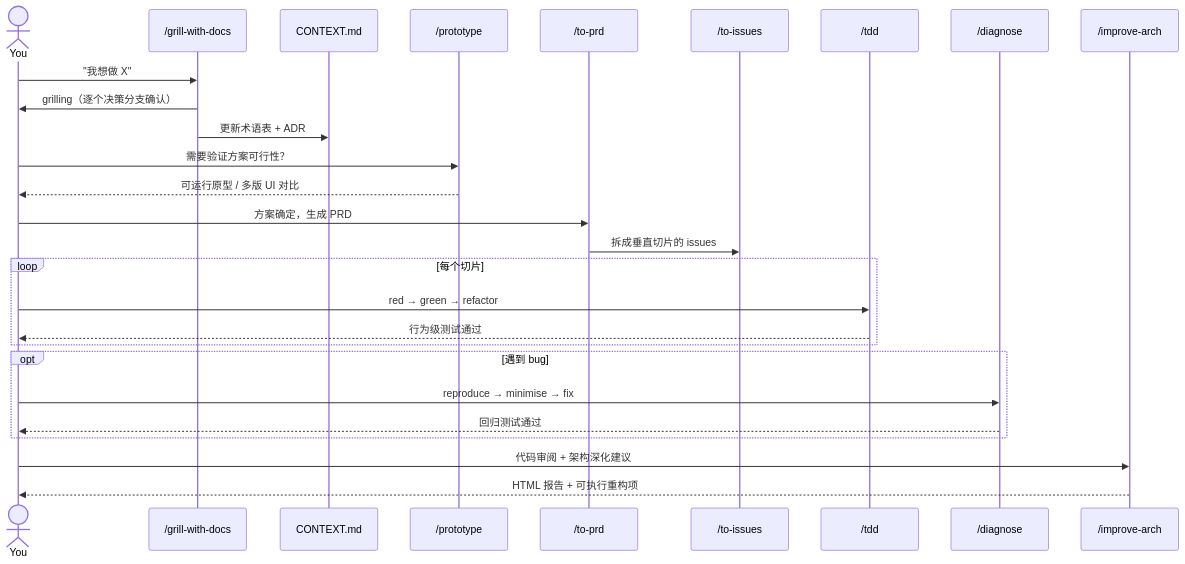
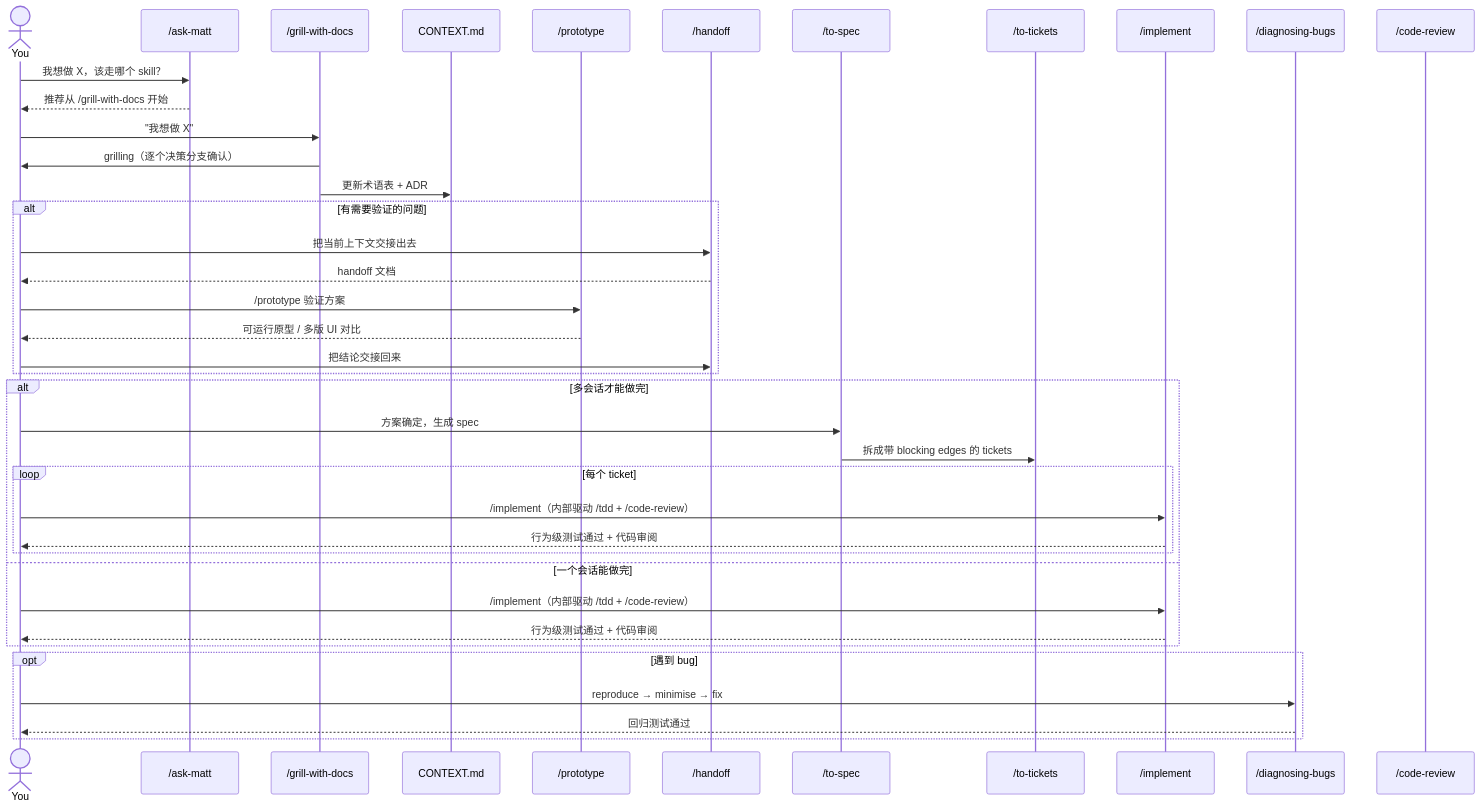
The third of 4 diagrams in src/content/docs/ai-workflow/11-mattpocock-skills-deep-dive.md (ALVIN-YANG/ylq-box), drawn with Mermaid before and after one commit. The commit also changed other lines of this file and 1 other file, not shown here.

Commit message:
同步 Matt Pocock Skills 文章并修复首页卡片高度对齐

````diff
--- a/src/content/docs/ai-workflow/11-mattpocock-skills-deep-dive.md
+++ b/src/content/docs/ai-workflow/11-mattpocock-skills-deep-dive.md
@@ -148,30 +157,45 @@
 ```mermaid
 sequenceDiagram
     actor U as You
+    participant A as /ask-matt
     participant G as /grill-with-docs
     participant C as CONTEXT.md
     participant P as /prototype
-    participant PRD as /to-prd
-    participant I as /to-issues
-    participant T as /tdd
-    participant D as /diagnose
-    participant A as /improve-arch
+    participant H as /handoff
+    participant S as /to-spec
+    participant T as /to-tickets
+    participant I as /implement
+    participant D as /diagnosing-bugs
+    participant R as /code-review
 
+    U->>A: 我想做 X，该走哪个 skill？
+    A-->>U: 推荐从 /grill-with-docs 开始
     U->>G: "我想做 X"
-    G->>U:  grilling（逐个决策分支确认）
+    G->>U: grilling（逐个决策分支确认）
     G->>C: 更新术语表 + ADR
-    U->>P: 需要验证方案可行性？
-    P-->>U: 可运行原型 / 多版 UI 对比
-    U->>PRD: 方案确定，生成 PRD
-    PRD->>I: 拆成垂直切片的 issues
-    loop 每个切片
-        U->>T: red → green → refactor
-        T-->>U: 行为级测试通过
+
+    alt 有需要验证的问题
+        U->>H: 把当前上下文交接出去
+        H-->>U: handoff 文档
+        U->>P: /prototype 验证方案
+        P-->>U: 可运行原型 / 多版 UI 对比
+        U->>H: 把结论交接回来
     end
+
+    alt 多会话才能做完
+        U->>S: 方案确定，生成 spec
+        S->>T: 拆成带 blocking edges 的 tickets
+        loop 每个 ticket
+            U->>I: /implement（内部驱动 /tdd + /code-review）
+            I-->>U: 行为级测试通过 + 代码审阅
+        end
+    else 一个会话能做完
+        U->>I: /implement（内部驱动 /tdd + /code-review）
+        I-->>U: 行为级测试通过 + 代码审阅
+    end
+
     opt 遇到 bug
         U->>D: reproduce → minimise → fix
         D-->>U: 回归测试通过
     end
-    U->>A: 代码审阅 + 架构深化建议
-    A-->>U: HTML 报告 + 可执行重构项
 ```
````
